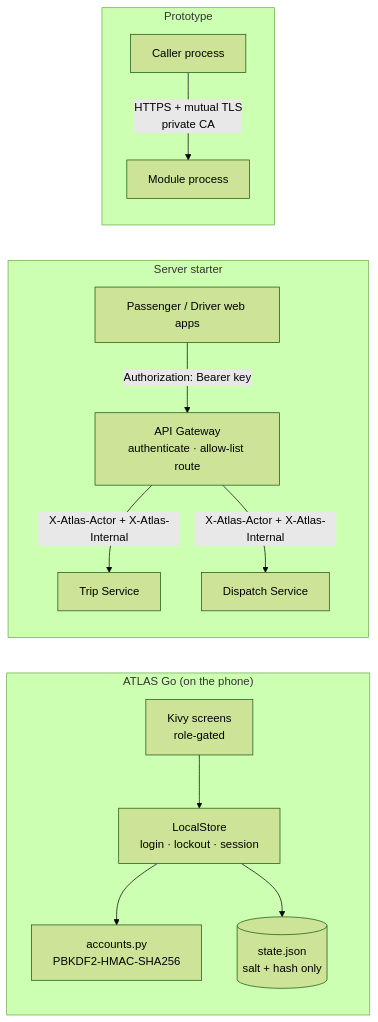
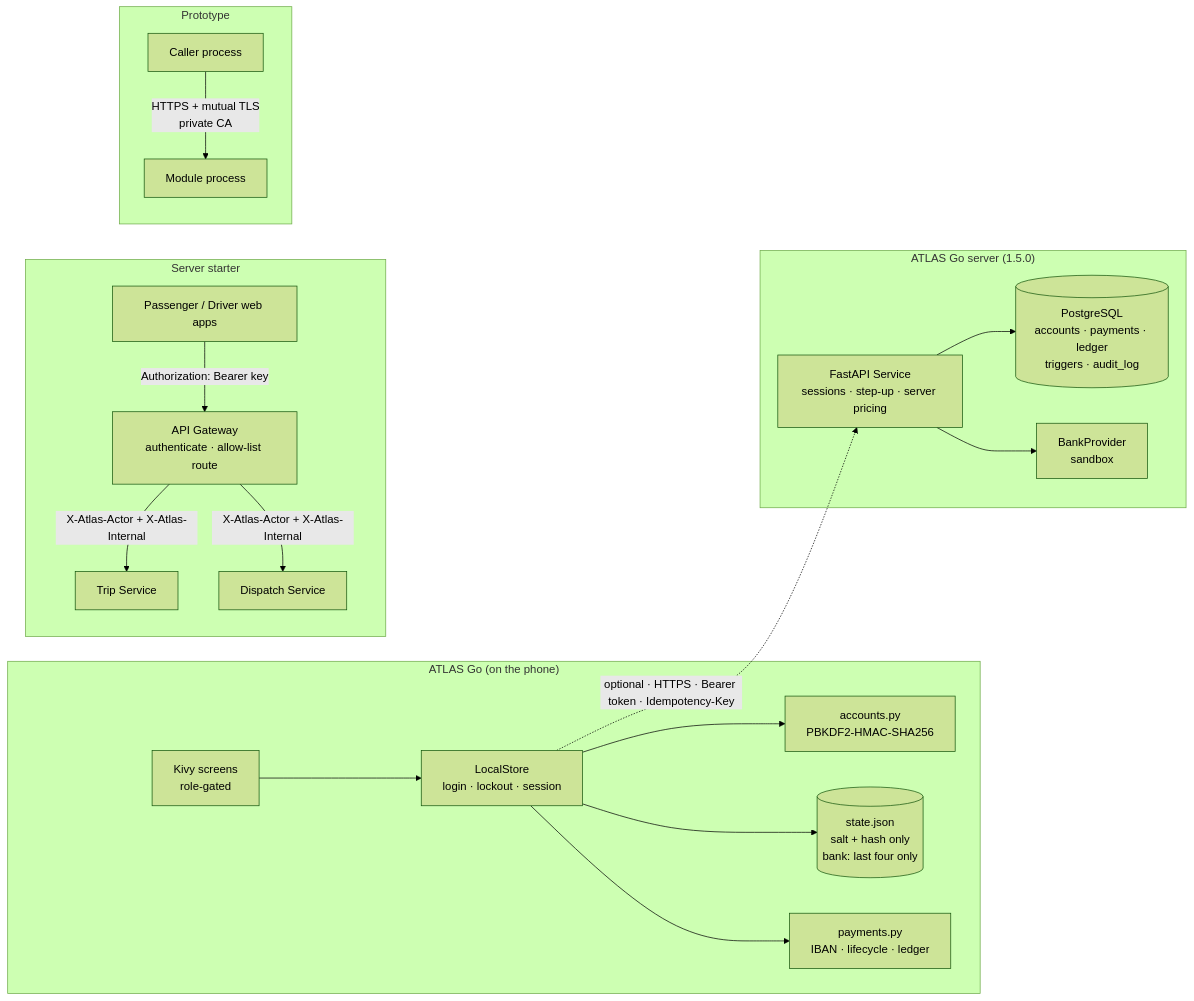
Before and after one commit to FUllSCIPTS/ATLAS: diagram 18 of 27 in docs/INFORMATION_SECURITY.md, drawn with Mermaid (forest theme). The commit also changed other lines of this file and 7 other files, not shown here.

````diff
--- a/docs/INFORMATION_SECURITY.md
+++ b/docs/INFORMATION_SECURITY.md
@@ -1207,16 +1322,22 @@
 ```mermaid
 flowchart LR
   subgraph Phone["ATLAS Go (on the phone)"]
     UI[Kivy screens<br/>role-gated] --> ST[LocalStore<br/>login · lockout · session]
     ST --> AC[accounts.py<br/>PBKDF2-HMAC-SHA256]
-    ST --> SJ[(state.json<br/>salt + hash only)]
+    ST --> SJ[(state.json<br/>salt + hash only<br/>bank: last four only)]
+    ST --> PY[payments.py<br/>IBAN · lifecycle · ledger]
   end
+  subgraph GoServer["ATLAS Go server (1.5.0)"]
+    API[FastAPI Service<br/>sessions · step-up · server pricing] --> PG[(PostgreSQL<br/>accounts · payments · ledger<br/>triggers · audit_log)]
+    API --> BK[BankProvider<br/>sandbox]
+  end
+  ST -. "optional · HTTPS · Bearer token · Idempotency-Key" .-> API
   subgraph Server["Server starter"]
     PA[Passenger / Driver web apps] -- "Authorization: Bearer key" --> GW[API Gateway<br/>authenticate · allow-list route]
     GW -- "X-Atlas-Actor + X-Atlas-Internal" --> TS[Trip Service]
     GW -- "X-Atlas-Actor + X-Atlas-Internal" --> DS[Dispatch Service]
   end
   subgraph Proto["Prototype"]
     C[Caller process] -- "HTTPS + mutual TLS<br/>private CA" --> M[Module process]
   end
 ```
````
